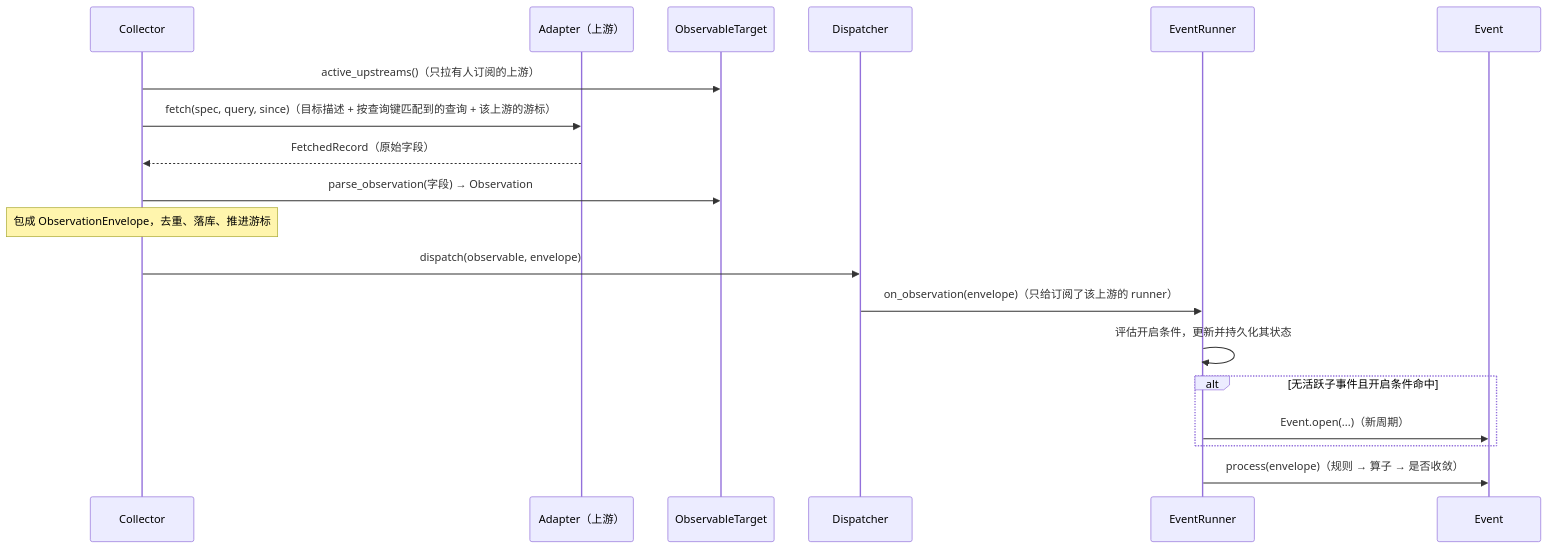
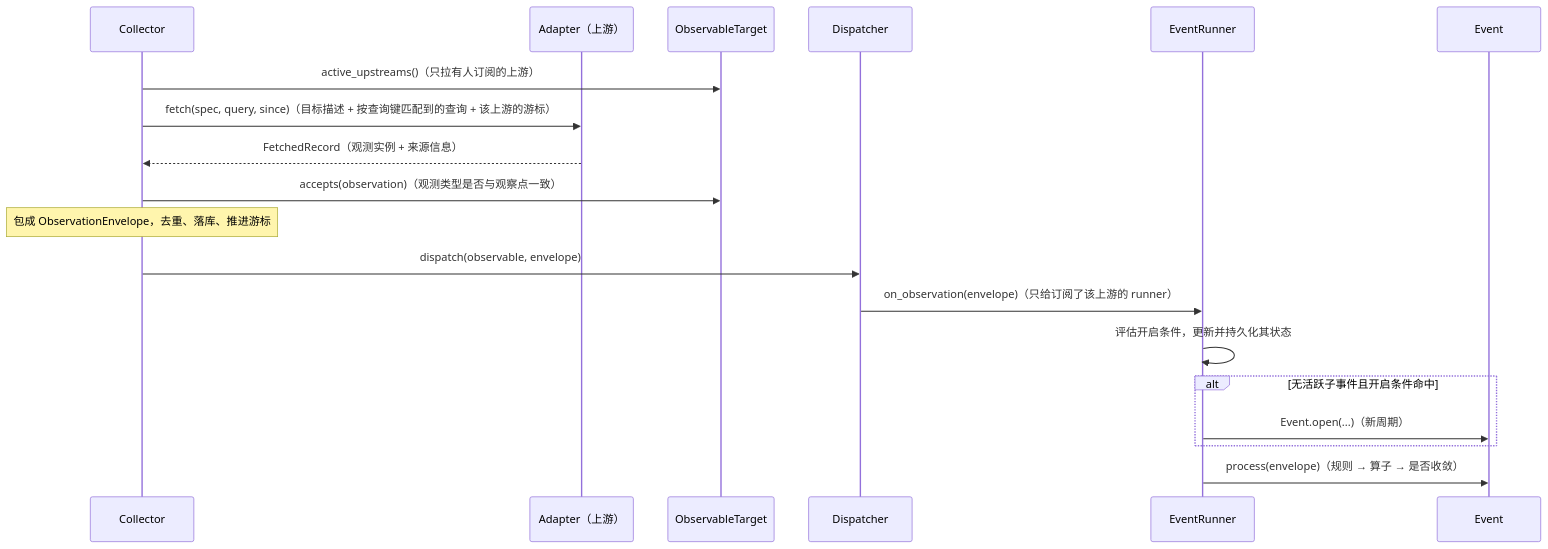
Before and after one commit to Jeromexsu/Orion: the second of 5 diagrams in README.md, drawn with Mermaid. The commit also changed 19 other files, not shown here.

````diff
--- a/README.md
+++ b/README.md
@@ -62,22 +62,22 @@
 ```mermaid
 sequenceDiagram
   participant C as Collector
   participant A as Adapter（上游）
   participant O as ObservableTarget
   participant D as Dispatcher
   participant R as EventRunner
   participant E as Event
 
   C->>O: active_upstreams()（只拉有人订阅的上游）
   C->>A: fetch(spec, query, since)（目标描述 + 按查询键匹配到的查询 + 该上游的游标）
-  A-->>C: FetchedRecord（原始字段）
-  C->>O: parse_observation(字段) → Observation
+  A-->>C: FetchedRecord（观测实例 + 来源信息）
+  C->>O: accepts(observation)（观测类型是否与观察点一致）
   Note over C: 包成 ObservationEnvelope，去重、落库、推进游标
   C->>D: dispatch(observable, envelope)
   D->>R: on_observation(envelope)（只给订阅了该上游的 runner）
   R->>R: 评估开启条件，更新并持久化其状态
   alt 无活跃子事件且开启条件命中
     R->>E: Event.open(...)（新周期）
   end
   R->>E: process(envelope)（规则 → 算子 → 是否收敛）
 ```
````
